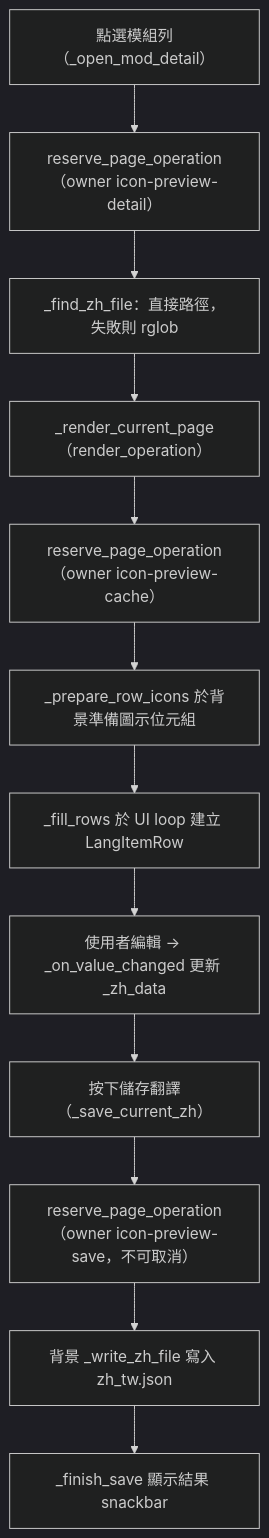
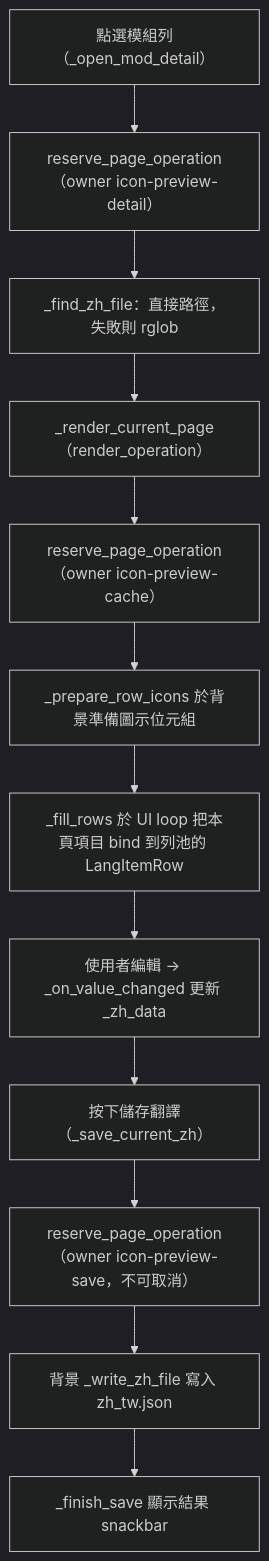
The second of 2 diagrams in docs/page_flows/icon_preview.md (jlin53882/Minecraft-translate), drawn with Mermaid (dark theme) before and after one commit. The commit also changed other lines of this file and 251 other files, not shown here.

First line of the commit message:
perf: 85 萬筆 Mod 資料庫與 2000 模組的效能修正、圖示準確度、替換規則清理、預覽與執行 KPI 一致化 (#217)

````diff
--- a/docs/page_flows/icon_preview.md
+++ b/docs/page_flows/icon_preview.md
@@ -38,14 +43,14 @@
 ```mermaid
 flowchart TD
   A["點選模組列（_open_mod_detail）"] --> B["reserve_page_operation（owner icon-preview-detail）"]
   B --> C["_find_zh_file：直接路徑，失敗則 rglob"]
   C --> D["_render_current_page（render_operation）"]
   D --> E["reserve_page_operation（owner icon-preview-cache）"]
   E --> F["_prepare_row_icons 於背景準備圖示位元組"]
-  F --> G["_fill_rows 於 UI loop 建立 LangItemRow"]
+  F --> G["_fill_rows 於 UI loop 把本頁項目 bind 到列池的 LangItemRow"]
   G --> H["使用者編輯 → _on_value_changed 更新 _zh_data"]
   H --> I["按下儲存翻譯（_save_current_zh）"]
   I --> J["reserve_page_operation（owner icon-preview-save，不可取消）"]
   J --> K["背景 _write_zh_file 寫入 zh_tw.json"]
   K --> L["_finish_save 顯示結果 snackbar"]
 ```
````
